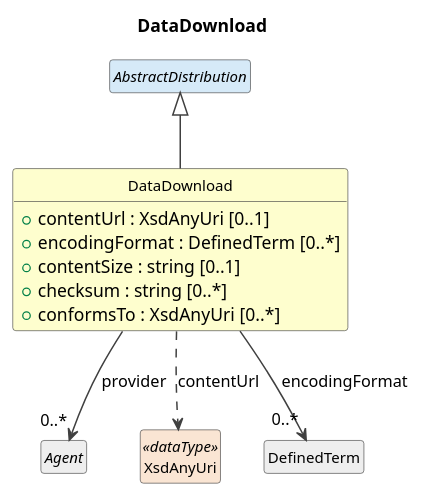
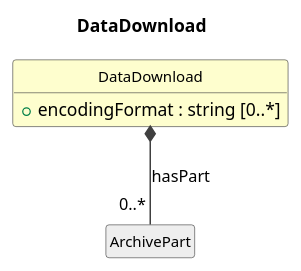
One commit to Cross-Domain-Interoperability-Framework/metadataBuildingBlocks changed the diagram in cdif-uml-model/_plantuml/cdifArchiveDistribution/Classes/DataDownload.pu. Above: the diagram before and after it, drawn with PlantUML. The commit also changed 142 other files, not shown here.

First line of the commit message:
cdif-uml-model: regenerated CDIFArchiveDistribution (focused overview)

```diff
--- a/cdif-uml-model/_plantuml/cdifArchiveDistribution/Classes/DataDownload.pu
+++ b/cdif-uml-model/_plantuml/cdifArchiveDistribution/Classes/DataDownload.pu
@@ -1,29 +1,19 @@
 @startuml
 title DataDownload
 hide circle
 hide empty members
 skinparam shadowing false
 skinparam ArrowThickness 1.2
 skinparam class {
   ArrowColor #404040
   BorderColor #404040
   FontSize 12
 }
 
 class "DataDownload" as DataDownload #FEFECE {
-  +contentUrl : XsdAnyUri [0..1]
-  +encodingFormat : DefinedTerm [0..*]
-  +contentSize : string [0..1]
-  +checksum : string [0..*]
-  +conformsTo : XsdAnyUri [0..*]
+  +encodingFormat : string [0..*]
 }
-abstract class "AbstractDistribution" as AbstractDistribution #D6EAF8
-AbstractDistribution <|-- DataDownload
-abstract class "Agent" as Agent #EEEEEE
-DataDownload --> "0..*" Agent : provider
-class "XsdAnyUri" as XsdAnyUri <<dataType>> #FAE5D3
-DataDownload ..> XsdAnyUri : contentUrl
-class "DefinedTerm" as DefinedTerm #EEEEEE
-DataDownload --> "0..*" DefinedTerm : encodingFormat
+class "ArchivePart" as ArchivePart #EEEEEE
+DataDownload *-- "0..*" ArchivePart : hasPart
 
 @enduml
```
